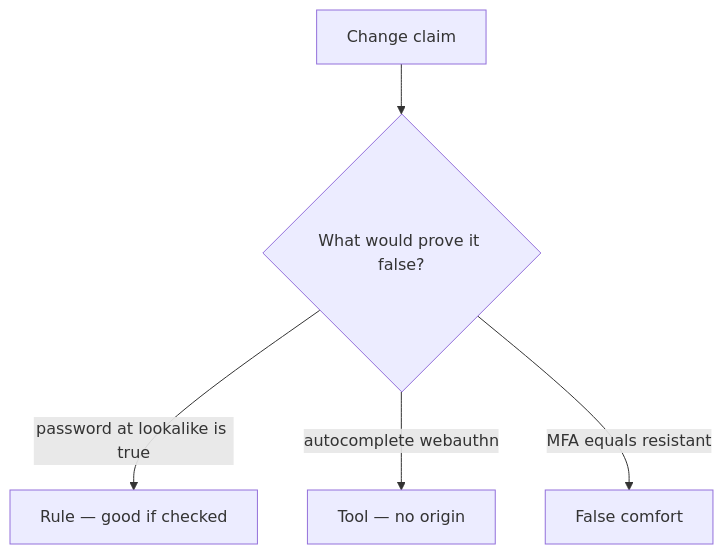
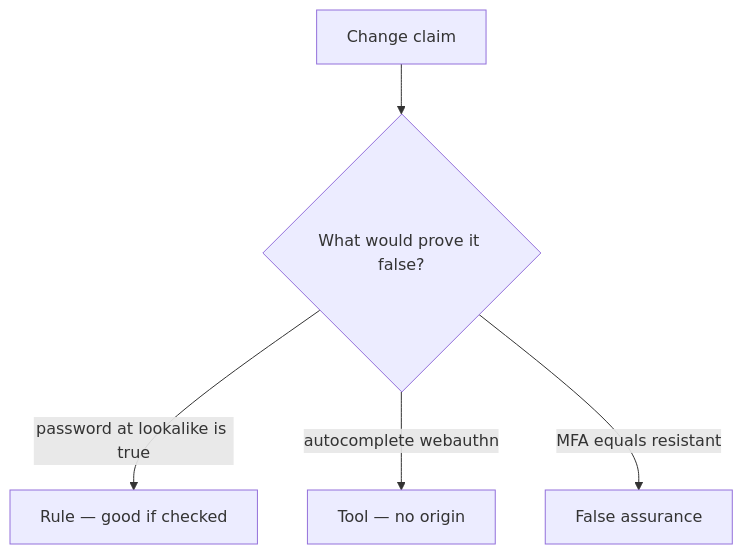
One commit to ishitvagoel/LearnSecurity changed the diagram in content/modules/4/4.2/lessons/08-review.md. Above: the diagram before and after it, drawn with Mermaid. The commit also changed other lines of this file and 240 other files, not shown here.

````diff
--- a/content/modules/4/4.2/lessons/08-review.md
+++ b/content/modules/4/4.2/lessons/08-review.md
@@ -18,7 +18,7 @@
 ```mermaid
 flowchart TD
   Claim[Change claim] --> Q{"What would prove it false?"}
   Q -->|"password at lookalike is true"| Property["Rule — good if checked"]
   Q -->|"autocomplete webauthn"| Mechanism[Tool — no origin]
-  Q -->|"MFA equals resistant"| False[False comfort]
+  Q -->|"MFA equals resistant"| False[False assurance]
 ```
````
